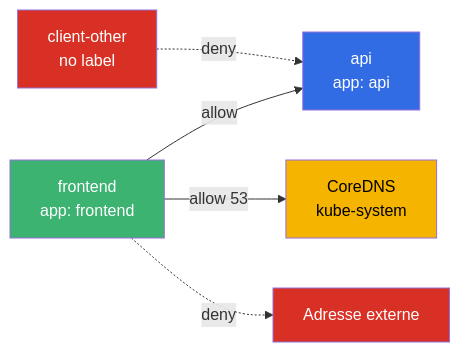
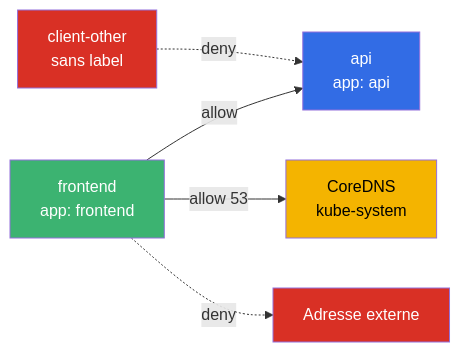
The first of 2 diagrams in tasks/eks/labs/110/README_FR.MD (ViktorUJ/cks), drawn with Mermaid before and after one commit. The commit also changed other lines of this file and 221 other files, not shown here.

````diff
--- a/tasks/eks/labs/110/README_FR.MD
+++ b/tasks/eks/labs/110/README_FR.MD
@@ -44,17 +44,17 @@
 ```mermaid
 flowchart LR
     fe["frontend<br>app: frontend"]
     api["api<br>app: api"]
     dns["CoreDNS<br>kube-system"]
-    other["client-other<br>no label"]
+    other["client-other<br>sans label"]
     ext["Adresse externe"]
     fe -->|allow| api
     fe -->|allow 53| dns
     fe -.->|deny| ext
     other -.->|deny| api
     style fe fill:#3cb371,color:#fff
     style api fill:#326ce5,color:#fff
     style dns fill:#f4b400,color:#000
     style other fill:#d93025,color:#fff
     style ext fill:#d93025,color:#fff
 ```
````
